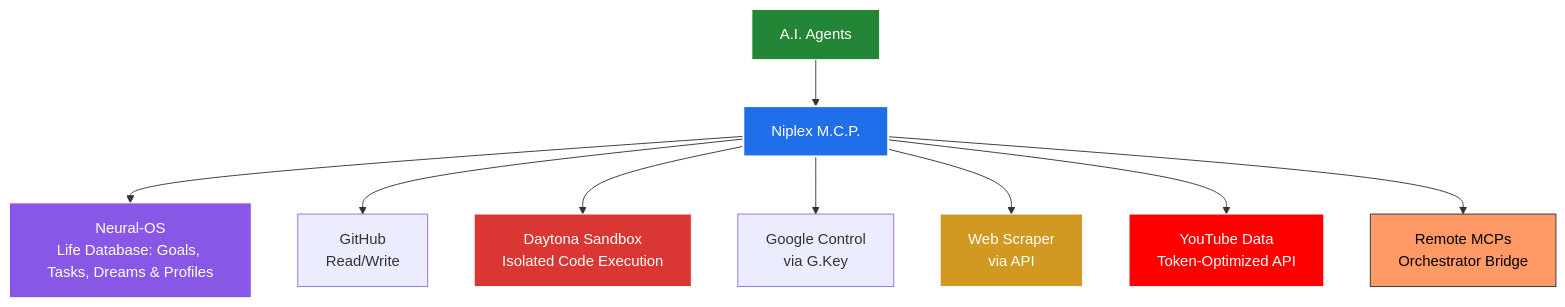
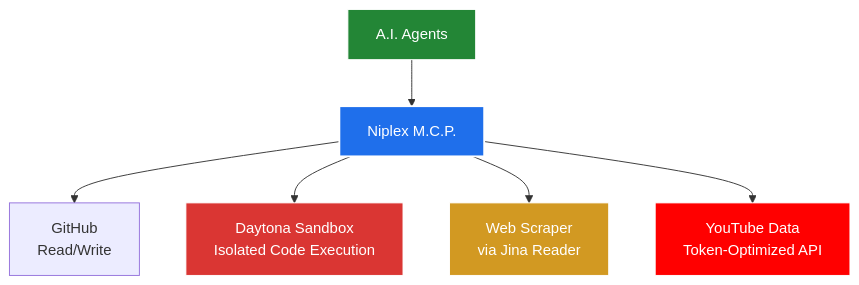
The diagram in README.md (Aj-Niplex/niplex-mcp), drawn with Mermaid before and after one commit. The commit also changed other lines of this file, not shown here.

````diff
--- a/README.md
+++ b/README.md
@@ -9,23 +9,18 @@
 ```mermaid
 graph TD
     %% Main Flow
     Agents[A.I. Agents] --> MCP[Niplex M.C.P.]
 
     %% Core Systems & Integrations
-    MCP --> NeuralOS[Neural-OS<br/>Life Database: Goals, Tasks, Dreams & Profiles]
     MCP --> GitHub[GitHub<br/>Read/Write]
     MCP --> Daytona[Daytona Sandbox<br/>Isolated Code Execution] 
-    MCP --> Google[Google Control<br/>via G.Key]
-    MCP --> Scraper[Web Scraper<br/>via API]
+    MCP --> Scraper[Web Scraper<br/>via Jina Reader]
     MCP --> YouTube[YouTube Data<br/>Token-Optimized API]
-    MCP --> RemoteMCP[Remote MCPs<br/>Orchestrator Bridge]
 
     %% Styling
     style MCP fill:#1f6feb,stroke:#fff,stroke-width:2px,color:#fff
     style Agents fill:#238636,stroke:#fff,stroke-width:1px,color:#fff
-    style NeuralOS fill:#8957e5,stroke:#fff,stroke-width:1px,color:#fff
     style Daytona fill:#da3633,stroke:#fff,stroke-width:1px,color:#fff
     style Scraper fill:#d29922,stroke:#fff,stroke-width:1px,color:#fff
     style YouTube fill:#ff0000,stroke:#fff,stroke-width:1px,color:#fff
-    style RemoteMCP fill:#f96,stroke:#333,stroke-width:1px,color:#000
 ```
````
